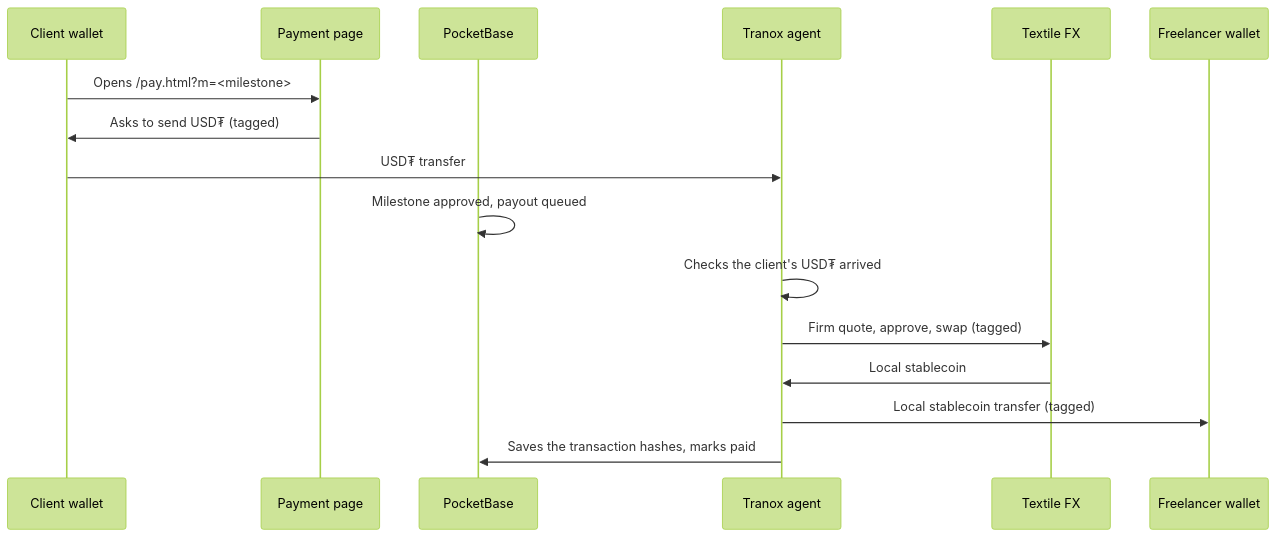
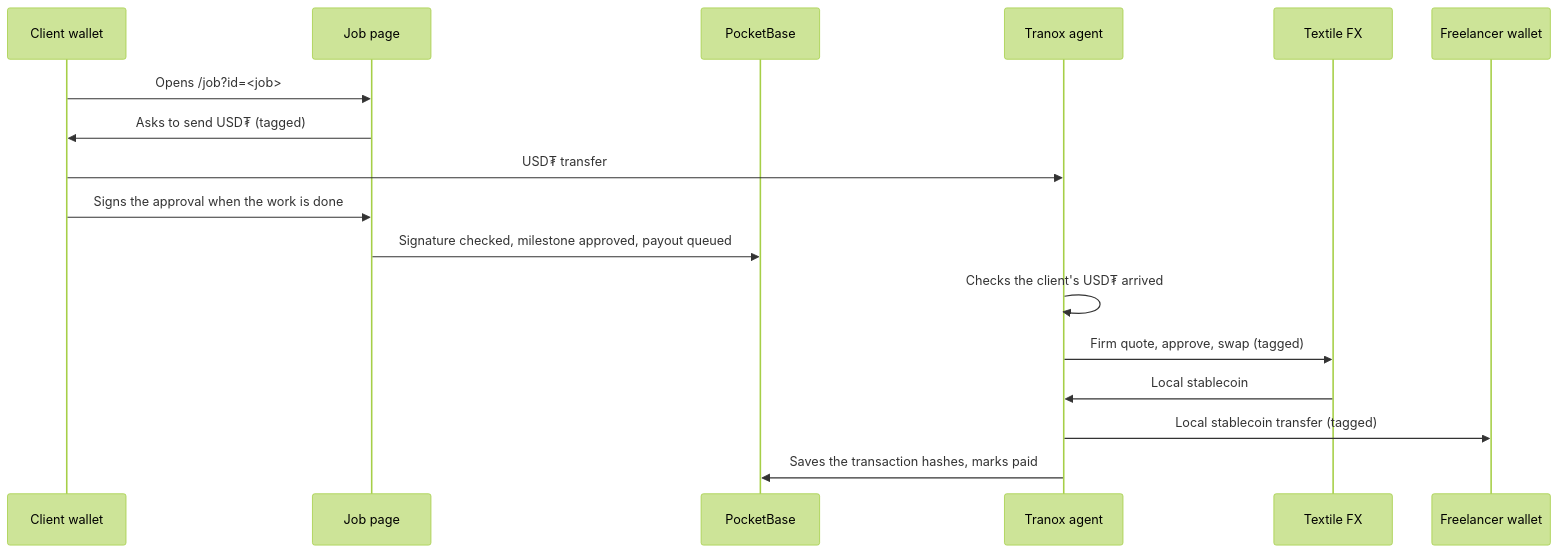
The diagram in README.md (JoelEmmanuelCloud/tranox), drawn with Mermaid (forest theme) before and after one commit. The commit also changed other lines of this file and 1 other file, not shown here.

Commit message:
docs: job and freelancer pages, signed approval and npm run web in the README and plan

````diff
--- a/README.md
+++ b/README.md
@@ -15,19 +15,20 @@
 ```mermaid
 sequenceDiagram
     participant C as Client wallet
-    participant P as Payment page
+    participant P as Job page
     participant DB as PocketBase
     participant A as Tranox agent
     participant T as Textile FX
     participant F as Freelancer wallet
 
-    C->>P: Opens /pay.html?m=<milestone>
+    C->>P: Opens /job?id=<job>
     P->>C: Asks to send USD₮ (tagged)
     C->>A: USD₮ transfer
-    DB->>DB: Milestone approved, payout queued
+    C->>P: Signs the approval when the work is done
+    P->>DB: Signature checked, milestone approved, payout queued
     A->>A: Checks the client's USD₮ arrived
     A->>T: Firm quote, approve, swap (tagged)
     T->>A: Local stablecoin
     A->>F: Local stablecoin transfer (tagged)
     A->>DB: Saves the transaction hashes, marks paid
 ```
````
